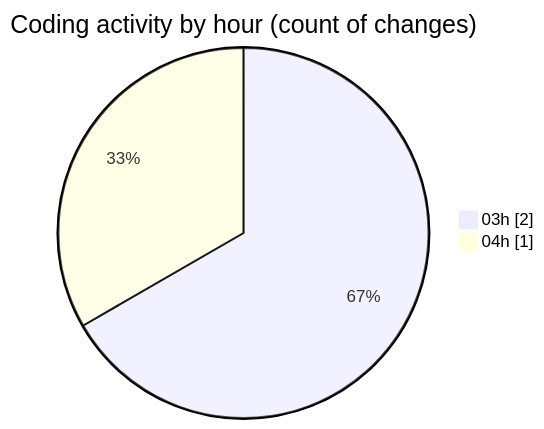
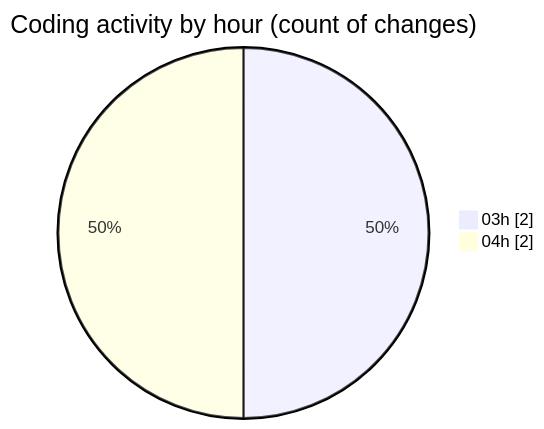
The second of 2 diagrams in 2025-11-27/cdp_aleoudev_fr__workspace_/README.md (julien-gomy/code-tracking), drawn with Mermaid before and after one commit. The commit also changed other lines of this file and 1 other file, not shown here.

````diff
--- a/2025-11-27/cdp_aleoudev_fr__workspace_/README.md
+++ b/2025-11-27/cdp_aleoudev_fr__workspace_/README.md
@@ -29,6 +29,6 @@
 ```mermaid
 pie showData
 title Coding activity by hour (count of changes)
 "03h" : 2
-"04h" : 1
+"04h" : 2
 ```
````
